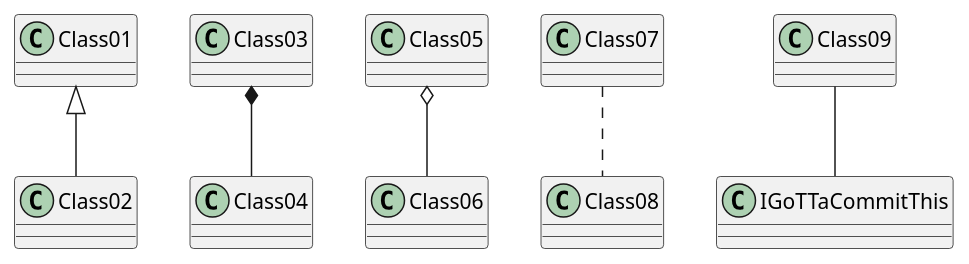
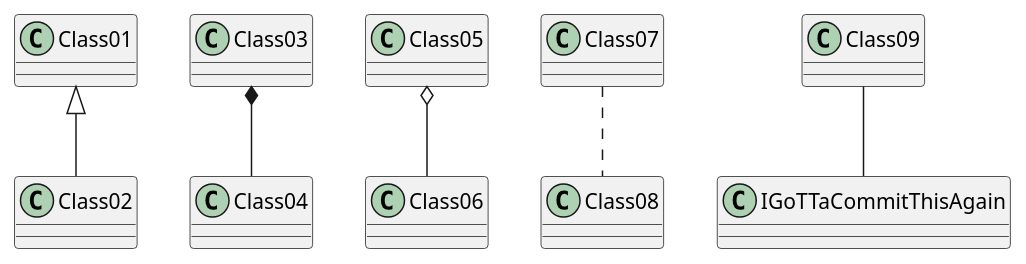
The diagram in meilenstein_03/test.puml (weichware10/meilensteine), drawn with PlantUML before and after one commit. The commit also changed 1 other file, not shown here.

```diff
--- a/meilenstein_03/test.puml
+++ b/meilenstein_03/test.puml
@@ -1,7 +1,7 @@
 @startuml test
 Class01 <|-- Class02
 Class03 *-- Class04
 Class05 o-- Class06
 Class07 .. Class08
-Class09 -- IGoTTaCommitThis
+Class09 -- IGoTTaCommitThisAgain
 @enduml
```
